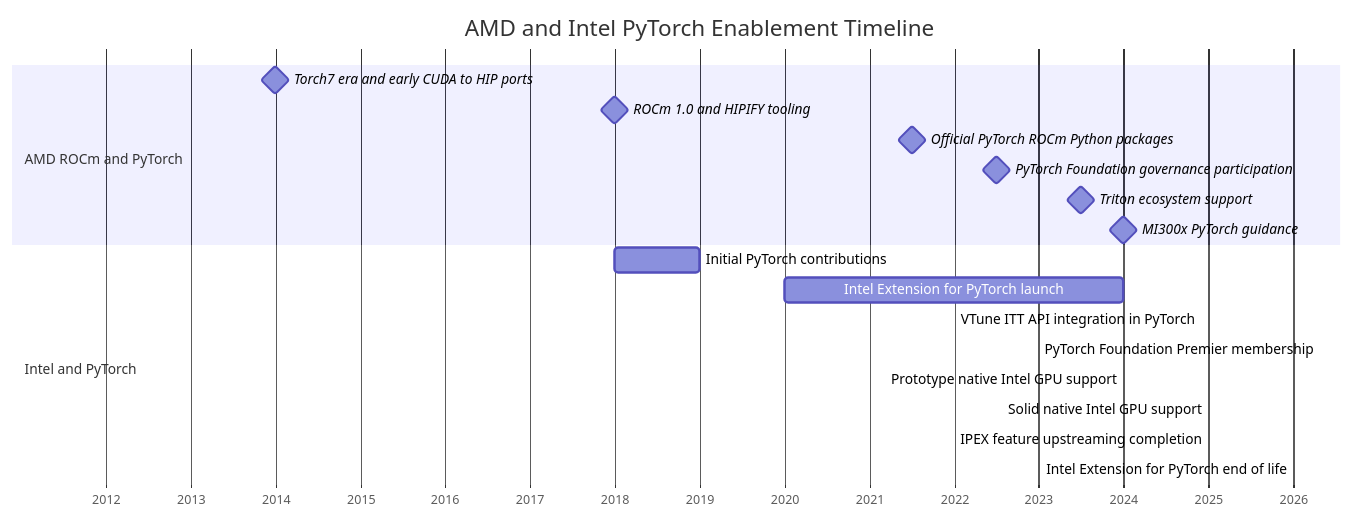
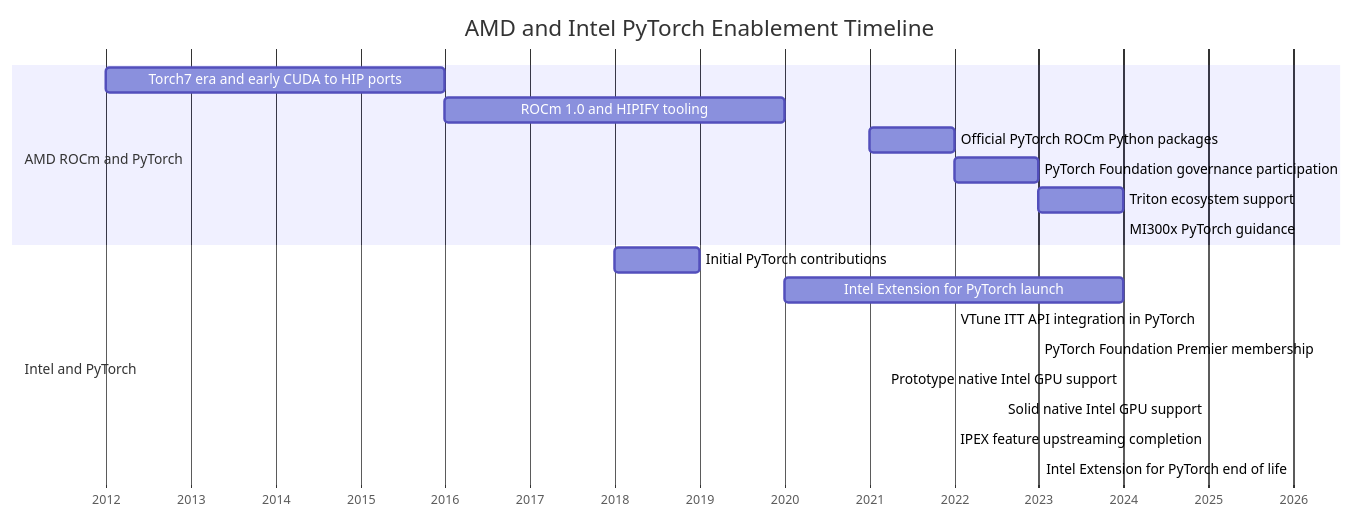
The first of 3 diagrams in docs/posts/2026/01/10/index.md (saforem2/personal_site), drawn with Mermaid before and after one commit. The commit also changed other lines of this file and 130 other files, not shown here.

````diff
--- a/docs/posts/2026/01/10/index.md
+++ b/docs/posts/2026/01/10/index.md
@@ -15,33 +15,25 @@
 ``` mermaid
 gantt
     title AMD and Intel PyTorch Enablement Timeline
     dateFormat  YYYY
     axisFormat  %Y
-    %% ROCm                                             :vert, amd1, 2021-03-04, 1d
-    %% Installable PyTorch ROCm Python packages         :milestone, amd2, 2021-03-04, 1d
 
     section AMD ROCm and PyTorch
-      Torch7 era and early CUDA to HIP ports        :milestone,amd1, 2012, 2016
-      ROCm 1.0 and HIPIFY tooling                   :milestone,amd2, 2016, 2020
-      Official PyTorch ROCm Python packages         :milestone,amd3, 2021, 2022
-      PyTorch Foundation governance participation   :milestone,amd4, 2022, 2023
-      Triton ecosystem support                      :milestone,amd6, 2023, 2024
-      MI300x PyTorch guidance                       :milestone,amd7, 2024, 2024
-      %% PyTorch 2.0 day zero ROCm support             :milestone,amd5, 2023, 2023
-      %% Torchtune on AMD GPUs guide                   :milestone,amd8, 2024, 2024
-      %% PyTorch on Windows public preview             :milestone,amd9, 2025, 2025
-      %% AMD PyTorch on Windows ROCm 7.1.1             :milestone,amd10, 2025, 2025
-      %% MI450X rack scale roadmap                     :milestone,amd11, 2026, 2026
-      %% MI500 series future roadmap                   :milestone,amd12, 2027, 2028
+      Torch7 era and early CUDA to HIP ports        :amd1, 2012, 2016
+      ROCm 1.0 and HIPIFY tooling                   :amd2, 2016, 2020
+      Official PyTorch ROCm Python packages         :amd3, 2021, 2022
+      PyTorch Foundation governance participation   :amd4, 2022, 2023
+      Triton ecosystem support                      :amd6, 2023, 2024
+      MI300x PyTorch guidance                       :amd7, 2024, 2024
 
     section Intel and PyTorch
       Initial PyTorch contributions                :i2,2018, 2019
       Intel Extension for PyTorch launch           :i3,2020, 2024
       VTune ITT API integration in PyTorch         :i4,2022, 2022
       PyTorch Foundation Premier membership        :i5,2023, 2023
       Prototype native Intel GPU support           :i6,2024, 2024
       Solid native Intel GPU support               :i7,2025, 2025
       IPEX feature upstreaming completion          :i8,2025, 2025
       Intel Extension for PyTorch end of life      :i9,2026, 2026
 
 ```
````
